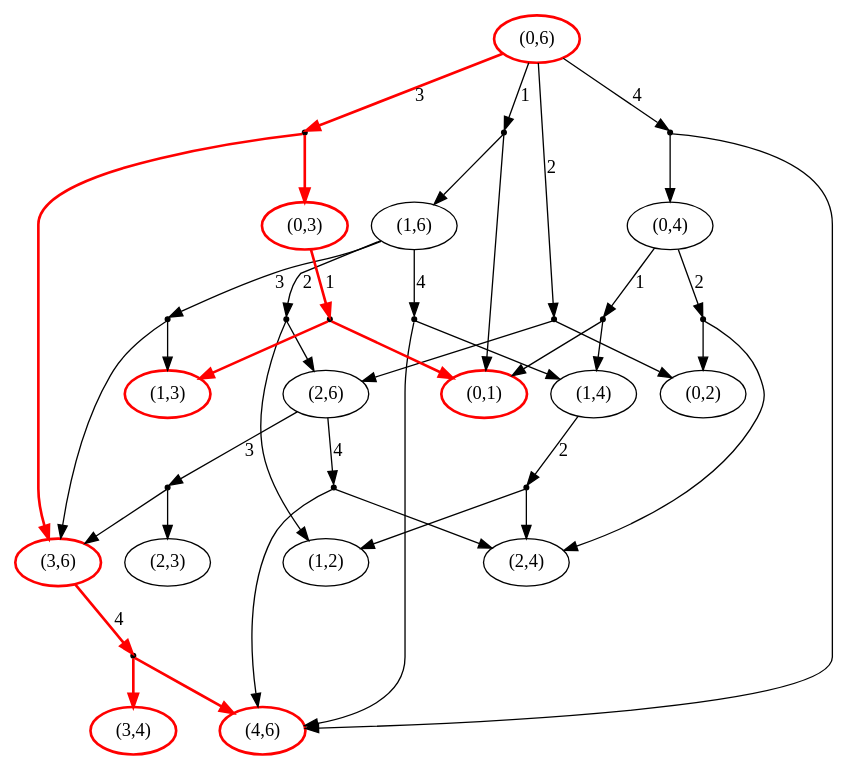
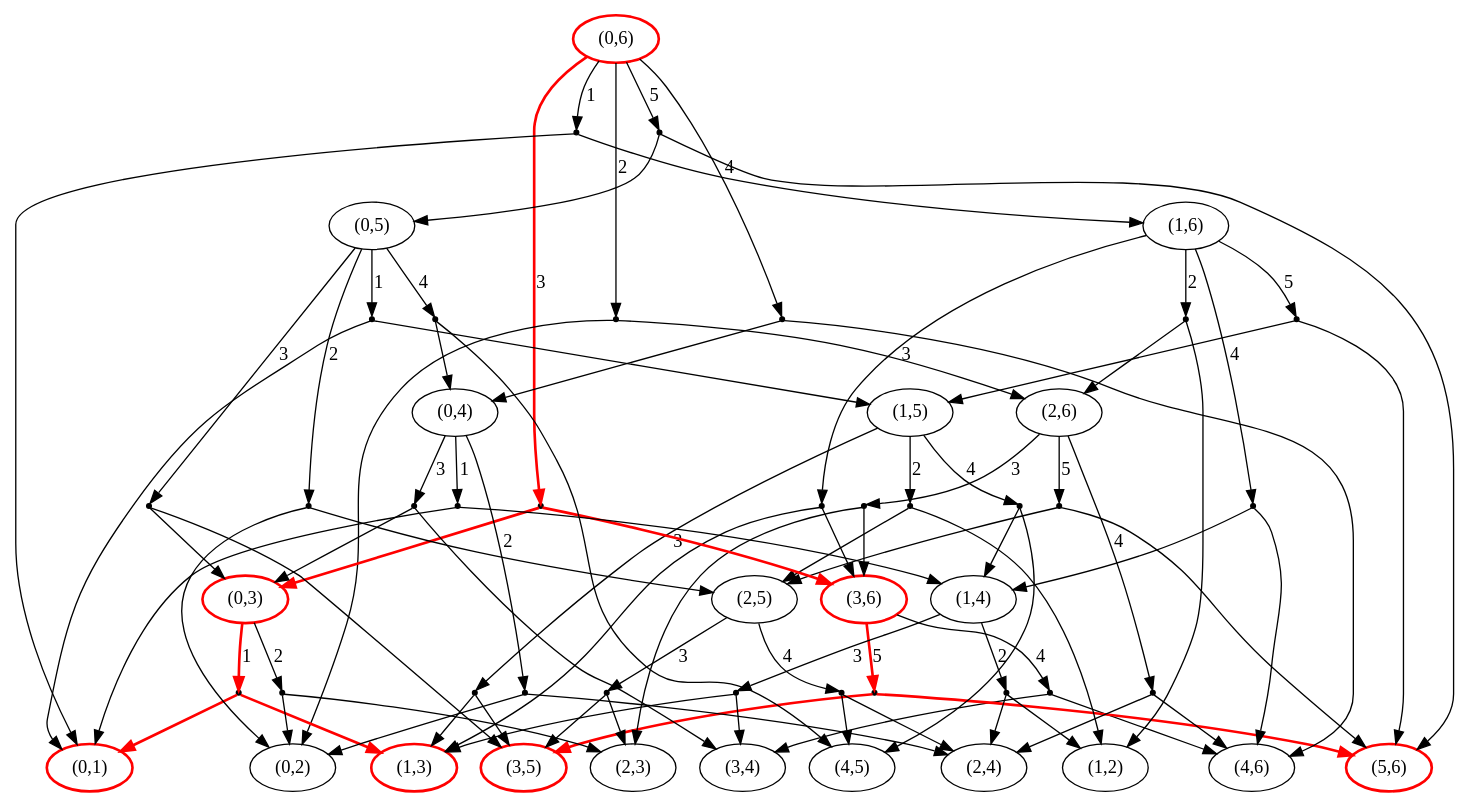
Before and after one commit to migueltoro/ada_v2_18: the diagram in java/EjemplosAlgoritmos/ficheros/matricesPDGraph.gv, drawn with Graphviz. The commit also changed 7 other files, not shown here.

```diff
--- a/java/EjemplosAlgoritmos/ficheros/matricesPDGraph.gv
+++ b/java/EjemplosAlgoritmos/ficheros/matricesPDGraph.gv
@@ -1,73 +1,143 @@
 strict digraph G {
   1 [ color="red" style="bold" label="(3,6)" ];
   2 [ shape="point" ];
-  3 [ color="red" style="bold" label="(3,4)" ];
-  4 [ color="red" style="bold" label="(4,6)" ];
-  5 [ label="(2,6)" ];
-  6 [ shape="point" ];
-  7 [ label="(2,3)" ];
-  8 [ shape="point" ];
-  9 [ label="(2,4)" ];
-  10 [ label="(1,6)" ];
+  3 [ label="(3,4)" ];
+  4 [ label="(4,6)" ];
+  5 [ shape="point" ];
+  6 [ color="red" style="bold" label="(3,5)" ];
+  7 [ color="red" style="bold" label="(5,6)" ];
+  8 [ label="(2,6)" ];
+  9 [ shape="point" ];
+  10 [ label="(2,3)" ];
   11 [ shape="point" ];
-  12 [ label="(1,2)" ];
-  13 [ shape="point" ];
-  14 [ color="red" style="bold" label="(1,3)" ];
-  15 [ label="(1,4)" ];
-  16 [ shape="point" ];
+  12 [ label="(2,4)" ];
+  13 [ label="(2,5)" ];
+  14 [ shape="point" ];
+  15 [ shape="point" ];
+  16 [ label="(4,5)" ];
   17 [ shape="point" ];
-  18 [ color="red" style="bold" label="(0,6)" ];
+  18 [ label="(1,6)" ];
   19 [ shape="point" ];
-  20 [ color="red" style="bold" label="(0,1)" ];
+  20 [ label="(1,2)" ];
   21 [ shape="point" ];
-  22 [ label="(0,2)" ];
-  23 [ color="red" style="bold" label="(0,3)" ];
+  22 [ color="red" style="bold" label="(1,3)" ];
+  23 [ label="(1,4)" ];
   24 [ shape="point" ];
   25 [ shape="point" ];
-  26 [ label="(0,4)" ];
-  27 [ shape="point" ];
+  26 [ shape="point" ];
+  27 [ label="(1,5)" ];
   28 [ shape="point" ];
   29 [ shape="point" ];
-  1 -> 2 [ color="red" style="bold" label="4" ];
-  2 -> 3 [ color="red" style="bold" ];
-  2 -> 4 [ color="red" style="bold" ];
-  5 -> 6 [ label="3" ];
-  6 -> 7 [ ];
-  6 -> 1 [ ];
-  5 -> 8 [ label="4" ];
-  8 -> 9 [ ];
-  8 -> 4 [ ];
-  10 -> 11 [ label="2" ];
+  30 [ shape="point" ];
+  31 [ shape="point" ];
+  32 [ color="red" style="bold" label="(0,6)" ];
+  33 [ shape="point" ];
+  34 [ color="red" style="bold" label="(0,1)" ];
+  35 [ shape="point" ];
+  36 [ label="(0,2)" ];
+  37 [ color="red" style="bold" label="(0,3)" ];
+  38 [ shape="point" ];
+  39 [ shape="point" ];
+  40 [ shape="point" ];
+  41 [ label="(0,4)" ];
+  42 [ shape="point" ];
+  43 [ shape="point" ];
+  44 [ shape="point" ];
+  45 [ shape="point" ];
+  46 [ label="(0,5)" ];
+  47 [ shape="point" ];
+  48 [ shape="point" ];
+  49 [ shape="point" ];
+  50 [ shape="point" ];
+  51 [ shape="point" ];
+  1 -> 2 [ label="4" ];
+  2 -> 3 [ ];
+  2 -> 4 [ ];
+  1 -> 5 [ color="red" style="bold" label="5" ];
+  5 -> 6 [ color="red" style="bold" ];
+  5 -> 7 [ color="red" style="bold" ];
+  8 -> 9 [ label="3" ];
+  9 -> 10 [ ];
+  9 -> 1 [ ];
+  8 -> 11 [ label="4" ];
   11 -> 12 [ ];
-  11 -> 5 [ ];
-  10 -> 13 [ label="3" ];
-  13 -> 14 [ ];
-  13 -> 1 [ ];
-  15 -> 16 [ label="2" ];
-  16 -> 12 [ ];
-  16 -> 9 [ ];
-  10 -> 17 [ label="4" ];
-  17 -> 15 [ ];
-  17 -> 4 [ ];
-  18 -> 19 [ label="1" ];
+  11 -> 4 [ ];
+  13 -> 14 [ label="3" ];
+  14 -> 10 [ ];
+  14 -> 6 [ ];
+  13 -> 15 [ label="4" ];
+  15 -> 12 [ ];
+  15 -> 16 [ ];
+  8 -> 17 [ label="5" ];
+  17 -> 13 [ ];
+  17 -> 7 [ ];
+  18 -> 19 [ label="2" ];
   19 -> 20 [ ];
-  19 -> 10 [ ];
-  18 -> 21 [ label="2" ];
+  19 -> 8 [ ];
+  18 -> 21 [ label="3" ];
   21 -> 22 [ ];
-  21 -> 5 [ ];
-  23 -> 24 [ color="red" style="bold" label="1" ];
-  24 -> 20 [ color="red" style="bold" ];
-  24 -> 14 [ color="red" style="bold" ];
-  18 -> 25 [ color="red" style="bold" label="3" ];
-  25 -> 23 [ color="red" style="bold" ];
-  25 -> 1 [ color="red" style="bold" ];
-  26 -> 27 [ label="1" ];
-  27 -> 20 [ ];
-  27 -> 15 [ ];
-  26 -> 28 [ label="2" ];
-  28 -> 22 [ ];
-  28 -> 9 [ ];
-  18 -> 29 [ label="4" ];
-  29 -> 26 [ ];
-  29 -> 4 [ ];
+  21 -> 1 [ ];
+  23 -> 24 [ label="2" ];
+  24 -> 20 [ ];
+  24 -> 12 [ ];
+  23 -> 25 [ label="3" ];
+  25 -> 22 [ ];
+  25 -> 3 [ ];
+  18 -> 26 [ label="4" ];
+  26 -> 23 [ ];
+  26 -> 4 [ ];
+  27 -> 28 [ label="2" ];
+  28 -> 20 [ ];
+  28 -> 13 [ ];
+  27 -> 29 [ label="3" ];
+  29 -> 22 [ ];
+  29 -> 6 [ ];
+  27 -> 30 [ label="4" ];
+  30 -> 23 [ ];
+  30 -> 16 [ ];
+  18 -> 31 [ label="5" ];
+  31 -> 27 [ ];
+  31 -> 7 [ ];
+  32 -> 33 [ label="1" ];
+  33 -> 34 [ ];
+  33 -> 18 [ ];
+  32 -> 35 [ label="2" ];
+  35 -> 36 [ ];
+  35 -> 8 [ ];
+  37 -> 38 [ color="red" style="bold" label="1" ];
+  38 -> 34 [ color="red" style="bold" ];
+  38 -> 22 [ color="red" style="bold" ];
+  37 -> 39 [ label="2" ];
+  39 -> 36 [ ];
+  39 -> 10 [ ];
+  32 -> 40 [ color="red" style="bold" label="3" ];
+  40 -> 37 [ color="red" style="bold" ];
+  40 -> 1 [ color="red" style="bold" ];
+  41 -> 42 [ label="1" ];
+  42 -> 34 [ ];
+  42 -> 23 [ ];
+  41 -> 43 [ label="2" ];
+  43 -> 36 [ ];
+  43 -> 12 [ ];
+  41 -> 44 [ label="3" ];
+  44 -> 37 [ ];
+  44 -> 3 [ ];
+  32 -> 45 [ label="4" ];
+  45 -> 41 [ ];
+  45 -> 4 [ ];
+  46 -> 47 [ label="1" ];
+  47 -> 34 [ ];
+  47 -> 27 [ ];
+  46 -> 48 [ label="2" ];
+  48 -> 36 [ ];
+  48 -> 13 [ ];
+  46 -> 49 [ label="3" ];
+  49 -> 37 [ ];
+  49 -> 6 [ ];
+  46 -> 50 [ label="4" ];
+  50 -> 41 [ ];
+  50 -> 16 [ ];
+  32 -> 51 [ label="5" ];
+  51 -> 46 [ ];
+  51 -> 7 [ ];
 }
```
